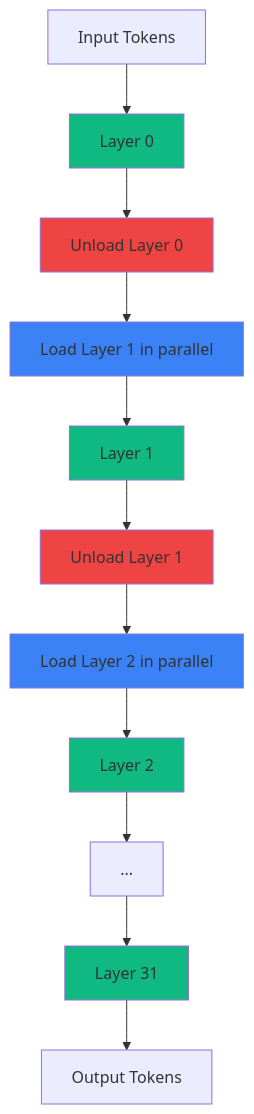
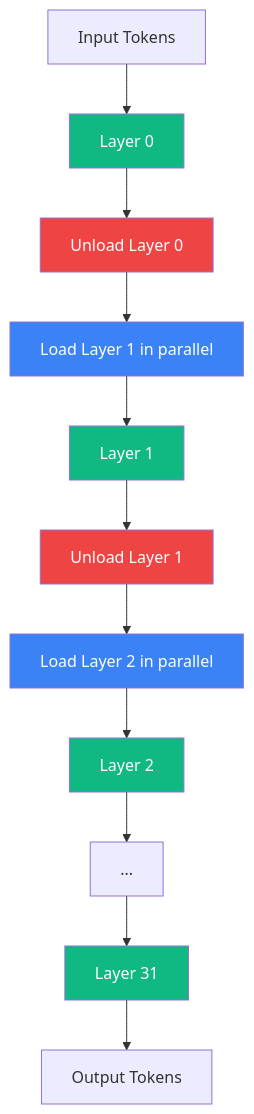
Before and after one commit to williamzujkowski/williamzujkowski.github.io: the first of 2 diagrams in src/posts/2024-09-15-running-llama-raspberry-pi-pipeload.md, drawn with Mermaid. The commit also changed other lines of this file and 40 other files, not shown here.

First line of the commit message:
fix(blog): add explicit text color to all mermaid classDef/style (#171)

````diff
--- a/src/posts/2024-09-15-running-llama-raspberry-pi-pipeload.md
+++ b/src/posts/2024-09-15-running-llama-raspberry-pi-pipeload.md
@@ -102,20 +102,20 @@
 ```mermaid
 flowchart TD
     A[Input Tokens] --> B[Layer 0]
     B --> C[Unload Layer 0]
     C --> D[Load Layer 1 in parallel]
     D --> E[Layer 1]
     E --> F[Unload Layer 1]
     F --> G[Load Layer 2 in parallel]
     G --> H[Layer 2]
     H --> I[...]
     I --> J[Layer 31]
     J --> K[Output Tokens]
 
-    classDef layerStyle fill:#10b981
-    classDef unloadStyle fill:#ef4444
-    classDef loadStyle fill:#3b82f6
+    classDef layerStyle fill:#10b981,color:#fff
+    classDef unloadStyle fill:#ef4444,color:#fff
+    classDef loadStyle fill:#3b82f6,color:#fff
     class B,E,H,J layerStyle
     class C,F unloadStyle
     class D,G loadStyle
 ```
````
